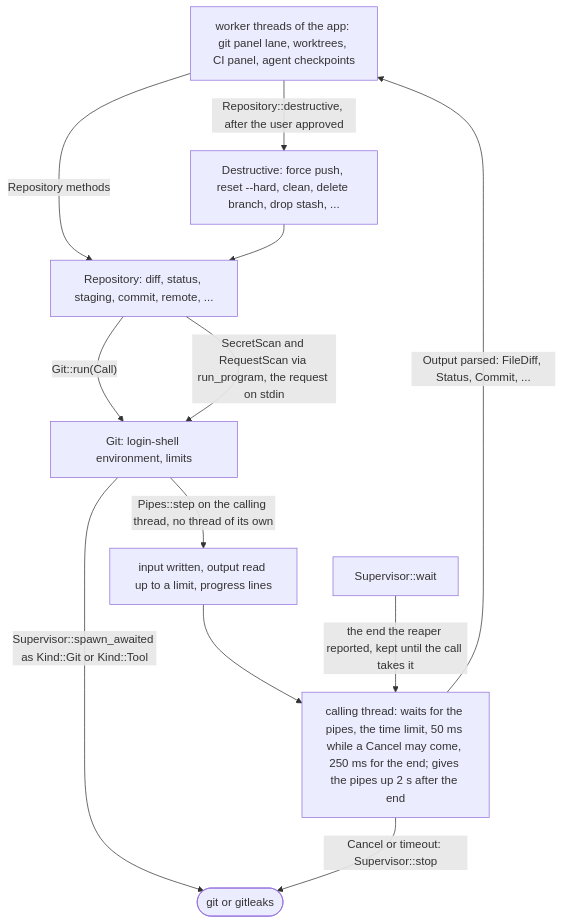
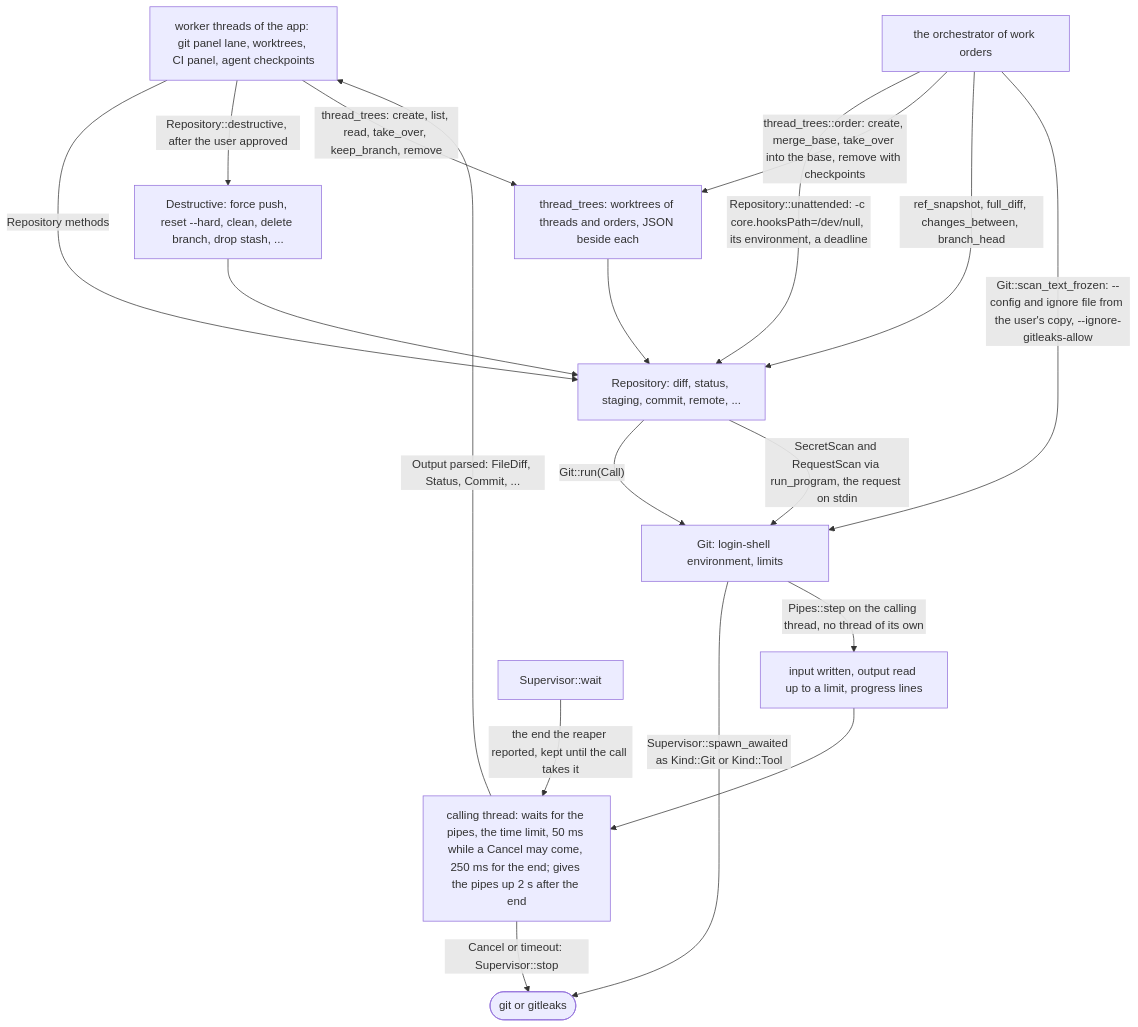
The diagram in crates/ide-git/README.md (sventmueller/dango), drawn with Mermaid before and after one commit. The commit also changed other lines of this file and 38 other files, not shown here.

First line of the commit message:
Give work orders their git and process building blocks: order worktrees, hookless git, ref watch, frozen secrets rules, sandboxed gates with deadlines

````diff
--- a/crates/ide-git/README.md
+++ b/crates/ide-git/README.md
@@ -9,14 +9,20 @@
 ```mermaid
 flowchart TB
     callers["worker threads of the app: git panel lane, worktrees, CI panel, agent checkpoints"] -->|"Repository methods"| repo["Repository: diff, status, staging, commit, remote, ..."]
     callers -->|"Repository::destructive, after the user approved"| destructive["Destructive: force push, reset --hard, clean, delete branch, drop stash, ..."]
     destructive --> repo
     repo -->|"Git::run(Call)"| run["Git: login-shell environment, limits"]
     repo -->|"SecretScan and RequestScan via run_program, the request on stdin"| run
     run -->|"Supervisor::spawn_awaited as Kind::Git or Kind::Tool"| process(["git or gitleaks"])
     run -->|"Pipes::step on the calling thread, no thread of its own"| pipes["input written, output read up to a limit, progress lines"]
     pipes --> loop["calling thread: waits for the pipes, the time limit, 50 ms while a Cancel may come, 250 ms for the end; gives the pipes up 2 s after the end"]
     loop -->|"Cancel or timeout: Supervisor::stop"| process
     supervisor["Supervisor::wait"] -->|"the end the reaper reported, kept until the call takes it"| loop
     loop -->|"Output parsed: FileDiff, Status, Commit, ..."| callers
+    orchestrator["the orchestrator of work orders"] -->|"Repository::unattended: -c core.hooksPath=/dev/null, its environment, a deadline"| repo
+    orchestrator -->|"thread_trees::order: create, merge_base, take_over into the base, remove with checkpoints"| trees["thread_trees: worktrees of threads and orders, JSON beside each"]
+    callers -->|"thread_trees: create, list, read, take_over, keep_branch, remove"| trees
+    trees --> repo
+    orchestrator -->|"ref_snapshot, full_diff, changes_between, branch_head"| repo
+    orchestrator -->|"Git::scan_text_frozen: --config and ignore file from the user's copy, --ignore-gitleaks-allow"| run
 ```
````
